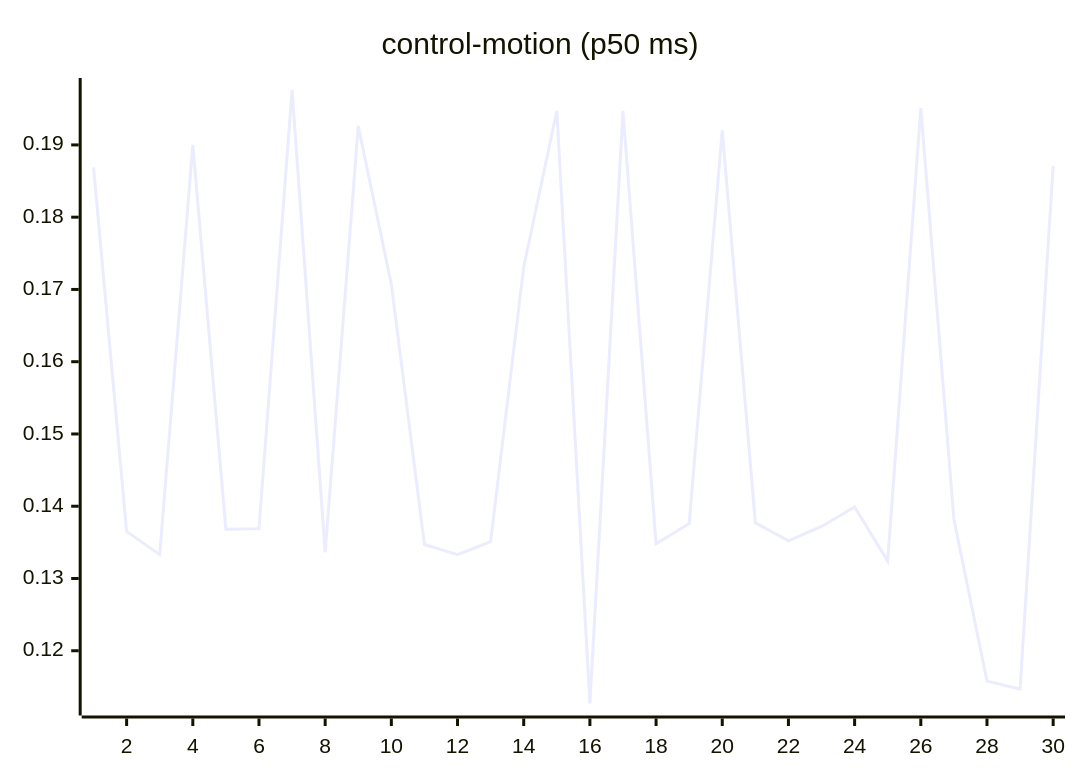
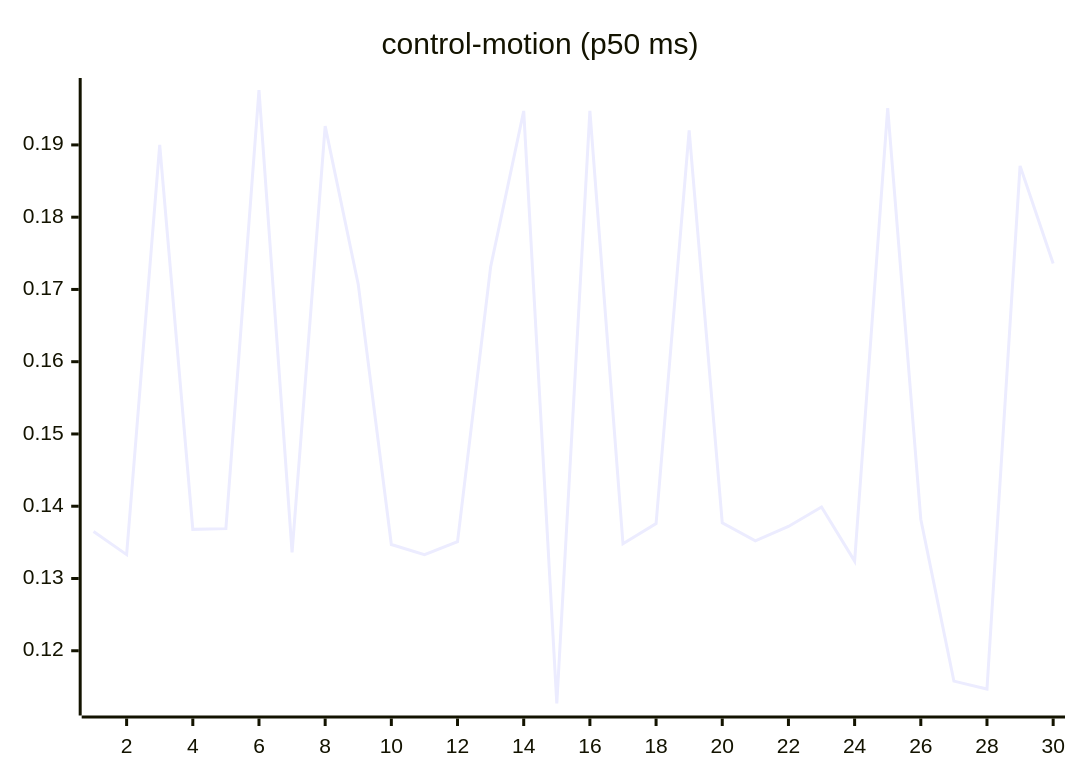
One commit to josha/Facet changed the seventh of 27 diagrams in README.md. Above: the diagram before and after it, drawn with Mermaid. The commit also changed other lines of this file and 2 other files, not shown here.

````diff
--- a/README.md
+++ b/README.md
@@ -105,6 +105,6 @@
 ```mermaid
 xychart-beta
     title "control-motion (p50 ms)"
     x-axis 1 --> 30
-    line [0.1869, 0.1365, 0.1333, 0.1900, 0.1368, 0.1369, 0.1976, 0.1336, 0.1926, 0.1707, 0.1347, 0.1333, 0.1351, 0.1731, 0.1947, 0.1127, 0.1947, 0.1348, 0.1376, 0.1920, 0.1377, 0.1352, 0.1372, 0.1399, 0.1324, 0.1951, 0.1382, 0.1158, 0.1147, 0.1871]
+    line [0.1365, 0.1333, 0.1900, 0.1368, 0.1369, 0.1976, 0.1336, 0.1926, 0.1707, 0.1347, 0.1333, 0.1351, 0.1731, 0.1947, 0.1127, 0.1947, 0.1348, 0.1376, 0.1920, 0.1377, 0.1352, 0.1372, 0.1399, 0.1324, 0.1951, 0.1382, 0.1158, 0.1147, 0.1871, 0.1736]
 ```
````
